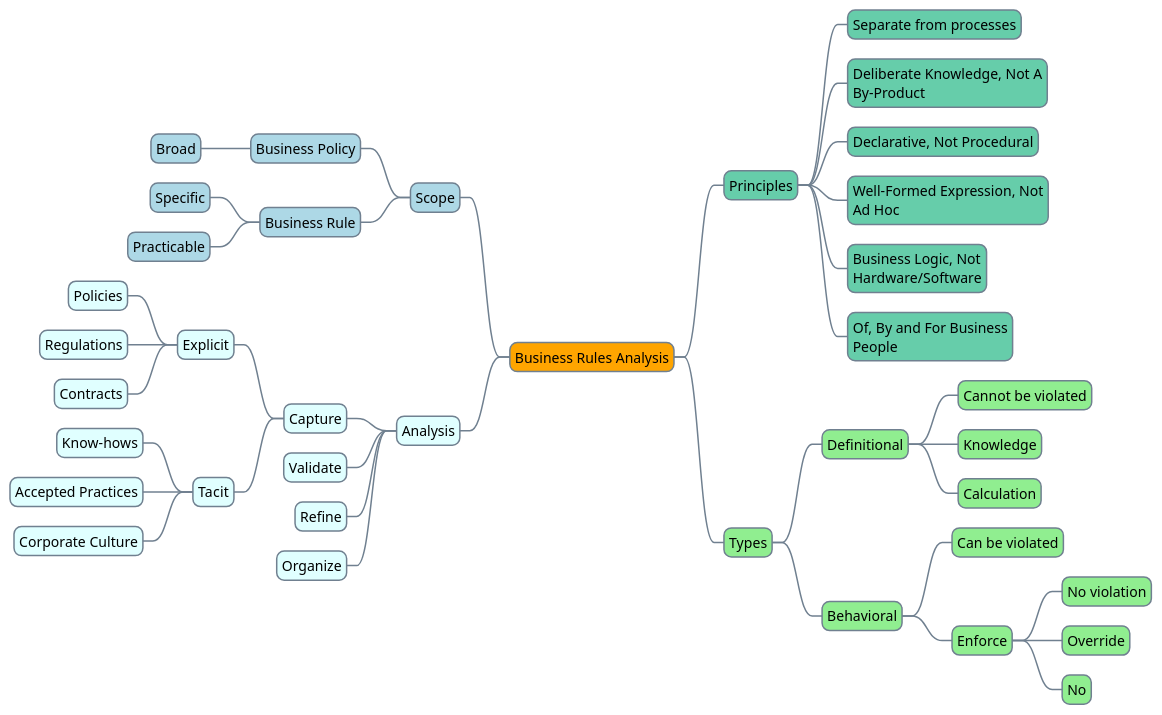
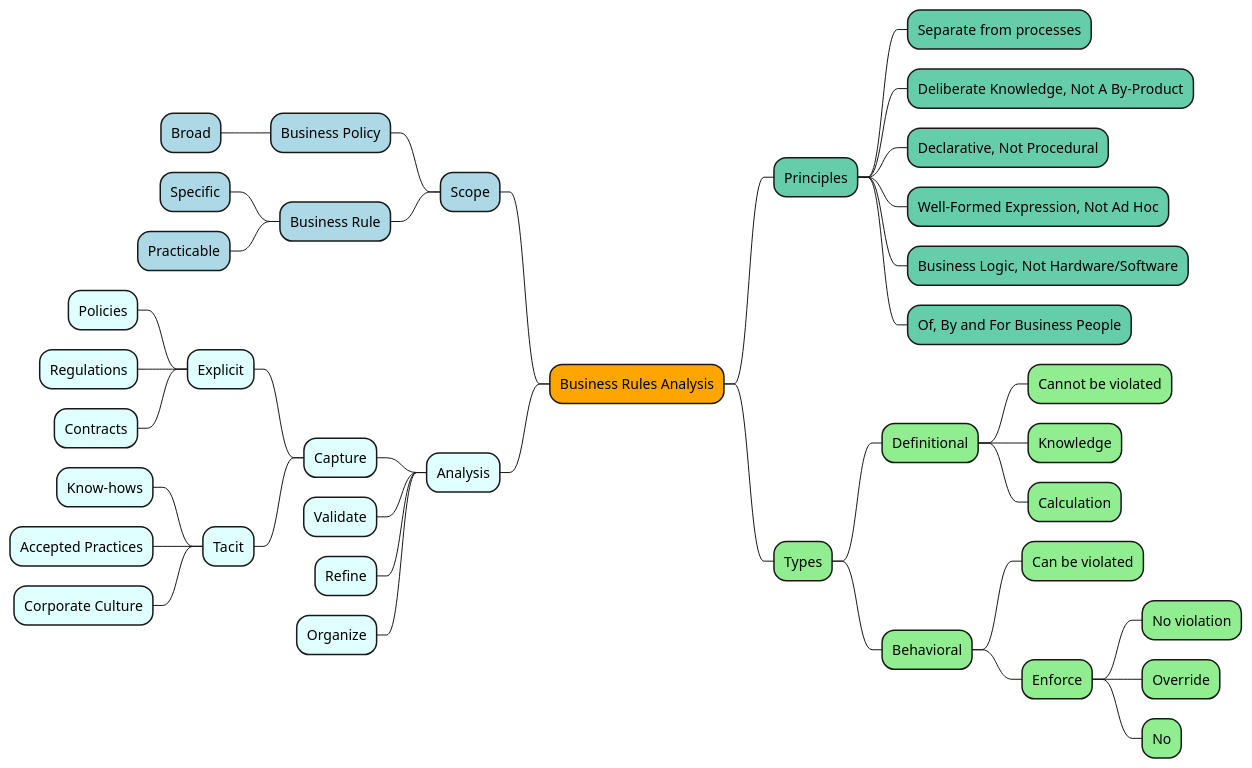
The diagram in mindmap.puml (nexano/Sundries), drawn with PlantUML before and after one commit.

```diff
--- a/mindmap.puml
+++ b/mindmap.puml
@@ -1,52 +1,40 @@
 @startmindmap
-skinparam backgroundcolor transparent
-<style>
-arrow, node {
-    LineColor slategrey
-	LineThickness 1.5
-	Roun
-	Margin 5
-	Padding 5
-	RoundCorner 15
-	MaximumWidth 200
-}
-</style>
 +[#orange] Business Rules Analysis
 --[#lightblue] Scope
 ---[#lightblue] Business Policy
 ----[#lightblue] Broad
 ---[#lightblue] Business Rule
 ----[#lightblue] Specific
 ----[#lightblue] Practicable
 --[#lightcyan] Analysis
 ---[#lightcyan] Capture
 ----[#lightcyan] Explicit
 -----[#lightcyan] Policies
 -----[#lightcyan] Regulations
 -----[#lightcyan] Contracts
 ----[#lightcyan] Tacit
 -----[#lightcyan] Know-hows
 -----[#lightcyan] Accepted Practices
 -----[#lightcyan] Corporate Culture
 ---[#lightcyan] Validate
 ---[#lightcyan] Refine
 ---[#lightcyan] Organize
 ++[#mediumaquamarine] Principles
 +++[#mediumaquamarine] Separate from processes
 +++[#mediumaquamarine] Deliberate Knowledge, Not A By-Product
 +++[#mediumaquamarine] Declarative, Not Procedural
 +++[#mediumaquamarine] Well-Formed Expression, Not Ad Hoc
 +++[#mediumaquamarine] Business Logic, Not Hardware/Software
 +++[#mediumaquamarine] Of, By and For Business People
 ++[#lightgreen] Types
 +++[#lightgreen] Definitional
 ++++[#lightgreen] Cannot be violated
 ++++[#lightgreen] Knowledge
 ++++[#lightgreen] Calculation
 +++[#lightgreen] Behavioral
 ++++[#lightgreen] Can be violated
 ++++[#lightgreen] Enforce
 +++++[#lightgreen] No violation
 +++++[#lightgreen] Override
 +++++[#lightgreen] No
 @endmindmap
```
